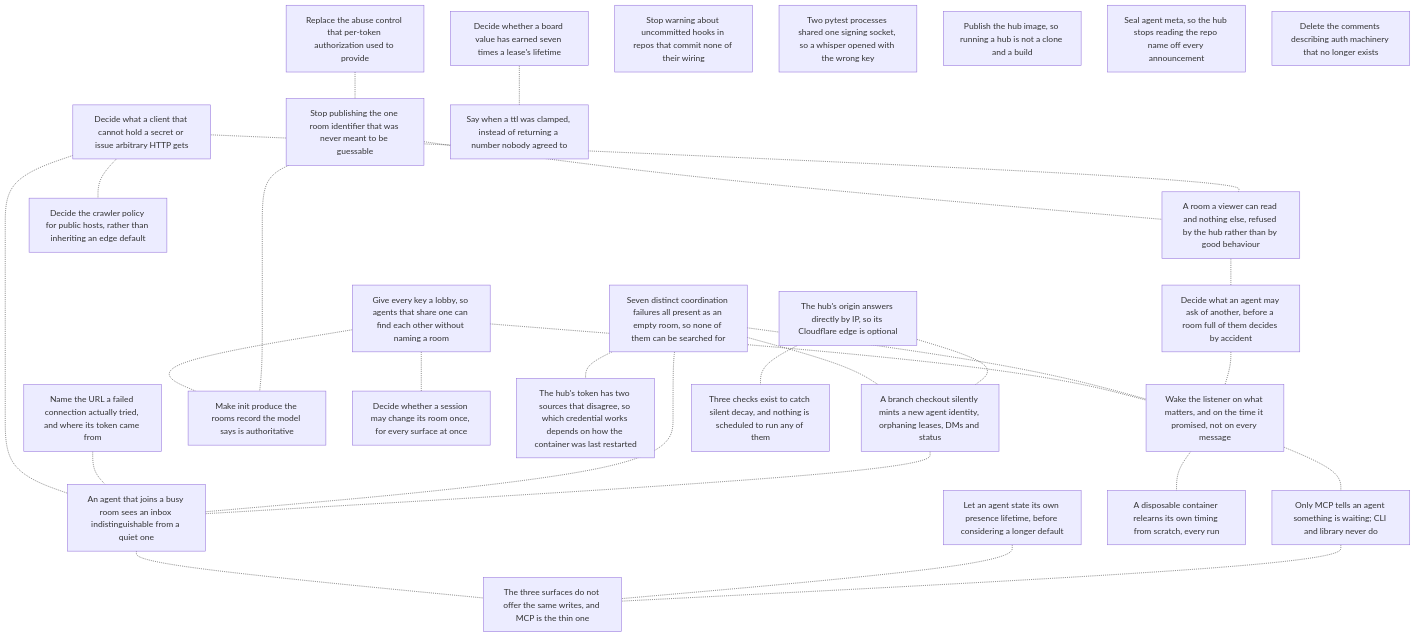
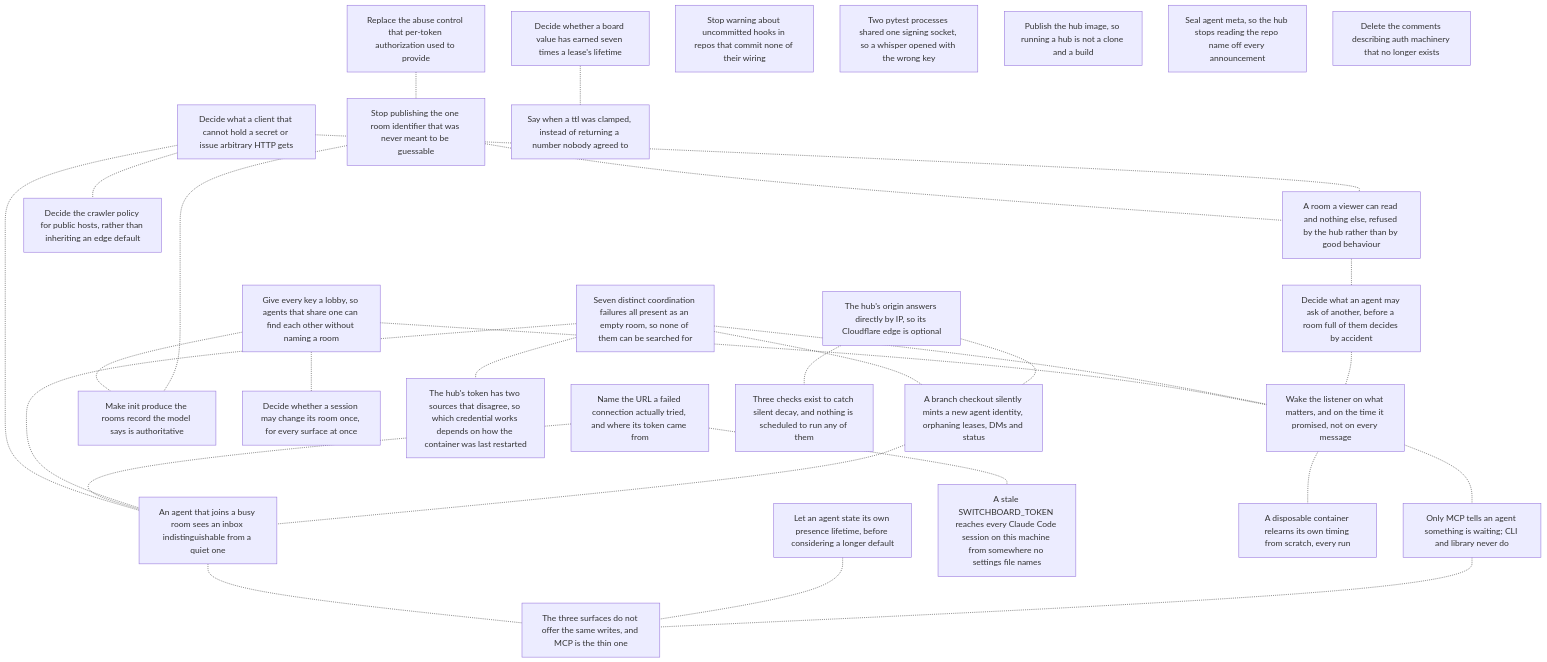
Before and after one commit to gald33/switchboard: the diagram in roadmap/ROADMAP.md, drawn with Mermaid. The commit also changed other lines of this file and 2 other files, not shown here.

First line of the commit message:
roadmap: file the stale SWITCHBOARD_TOKEN that reaches every session

````diff
--- a/roadmap/ROADMAP.md
+++ b/roadmap/ROADMAP.md
@@ -100,56 +102,58 @@
 ```mermaid
 graph TD
   a_lobby_derived_from_the_key["Give every key a lobby, so agents that share one can find each other without naming a room"]
   abuse_control_after_authorization["Replace the abuse control that per-token authorization used to provide"]
   board_ttl_ceiling["Decide whether a board value has earned seven times a lease's lifetime"]
   ci_workspace_is_public["Stop publishing the one room identifier that was never meant to be guessable"]
   clients_that_cannot_post["Decide what a client that cannot hold a secret or issue arbitrary HTTP gets"]
   connect_failure_message["Name the URL a failed connection actually tried, and where its token came from"]
   every_silent_failure_looks_like_a_quiet_room["Seven distinct coordination failures all present as an empty room, so none of them can be searched for"]
   hooks_warning_false_positive["Stop warning about uncommitted hooks in repos that commit none of their wiring"]
   hub_origin_reachable_bypassing_the_edge["The hub's origin answers directly by IP, so its Cloudflare edge is optional"]
   identity_rebinds_on_branch_change["A branch checkout silently mints a new agent identity, orphaning leases, DMs and status"]
   init_writes_rooms_file["Make init produce the rooms record the model says is authoritative"]
   intermittent_suite_failure["Two pytest processes shared one signing socket, so a whisper opened with the wrong key"]
   joining_agent_sees_empty_inbox["An agent that joins a busy room sees an inbox indistinguishable from a quiet one"]
   one_resolved_context_across_surfaces["Decide whether a session may change its room once, for every surface at once"]
   presence_ttl_is_not_one_size["Let an agent state its own presence lifetime, before considering a longer default"]
   provisioned_token_is_stale_and_nothing_says_so["The hub's token has two sources that disagree, so which credential works depends on how the container was last restarted"]
   publish_hub_container_image["Publish the hub image, so running a hub is not a clone and a build"]
   read_only_rooms["A room a viewer can read and nothing else, refused by the hub rather than by good behaviour"]
   robots_policy_for_public_hosts["Decide the crawler policy for public hosts, rather than inheriting an edge default"]
   roles_and_authority_between_agents["Decide what an agent may ask of another, before a room full of them decides by accident"]
   seal_agent_meta["Seal agent meta, so the hub stops reading the repo name off every announcement"]
   selective_wake_for_the_listener["Wake the listener on what matters, and on the time it promised, not on every message"]
   stale_resolver_references["Delete the comments describing auth machinery that no longer exists"]
+  stale_token_in_session_env["A stale SWITCHBOARD_TOKEN reaches every Claude Code session on this machine from somewhere no settings file names"]
   standing_checks_that_nothing_runs["Three checks exist to catch silent decay, and nothing is scheduled to run any of them"]
   timing_cold_start_in_ephemeral_environments["A disposable container relearns its own timing from scratch, every run"]
   ttl_clamped_silently["Say when a ttl was clamped, instead of returning a number nobody agreed to"]
   unread_dms_not_shown_outside_mcp["Only MCP tells an agent something is waiting; CLI and library never do"]
   write_parity_across_surfaces["The three surfaces do not offer the same writes, and MCP is the thin one"]
   a_lobby_derived_from_the_key -.- init_writes_rooms_file
   a_lobby_derived_from_the_key -.- one_resolved_context_across_surfaces
   a_lobby_derived_from_the_key -.- selective_wake_for_the_listener
   abuse_control_after_authorization -.- ci_workspace_is_public
   board_ttl_ceiling -.- ttl_clamped_silently
   ci_workspace_is_public -.- init_writes_rooms_file
   ci_workspace_is_public -.- read_only_rooms
   clients_that_cannot_post -.- joining_agent_sees_empty_inbox
   clients_that_cannot_post -.- read_only_rooms
   clients_that_cannot_post -.- robots_policy_for_public_hosts
   connect_failure_message -.- joining_agent_sees_empty_inbox
+  connect_failure_message -.- stale_token_in_session_env
   every_silent_failure_looks_like_a_quiet_room -.- identity_rebinds_on_branch_change
   every_silent_failure_looks_like_a_quiet_room -.- joining_agent_sees_empty_inbox
   every_silent_failure_looks_like_a_quiet_room -.- provisioned_token_is_stale_and_nothing_says_so
   every_silent_failure_looks_like_a_quiet_room -.- selective_wake_for_the_listener
   hub_origin_reachable_bypassing_the_edge -.- identity_rebinds_on_branch_change
   hub_origin_reachable_bypassing_the_edge -.- standing_checks_that_nothing_runs
   identity_rebinds_on_branch_change -.- joining_agent_sees_empty_inbox
   joining_agent_sees_empty_inbox -.- write_parity_across_surfaces
   presence_ttl_is_not_one_size -.- write_parity_across_surfaces
   read_only_rooms -.- roles_and_authority_between_agents
   roles_and_authority_between_agents -.- selective_wake_for_the_listener
   selective_wake_for_the_listener -.- timing_cold_start_in_ephemeral_environments
   selective_wake_for_the_listener -.- unread_dms_not_shown_outside_mcp
   unread_dms_not_shown_outside_mcp -.- write_parity_across_surfaces
 ```
````
